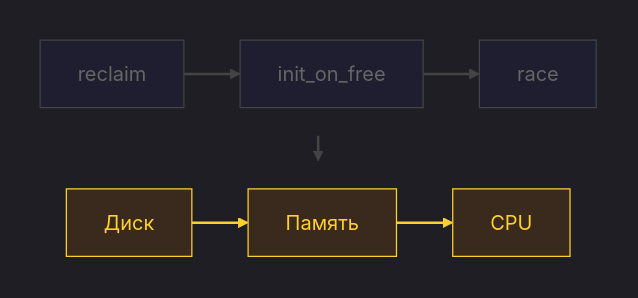
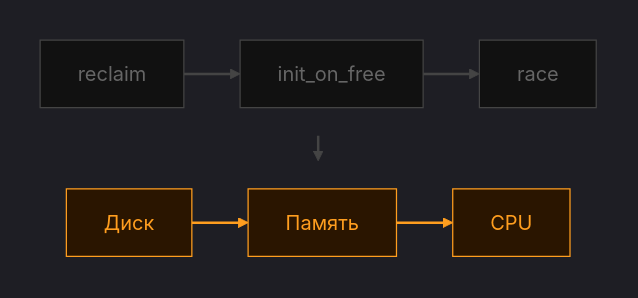
The diagram in docs/diagrams/mmap-1.mmd (polarnik/postgresql-system-issue-story), drawn with Mermaid before and after one commit. The commit also changed 39 other files, not shown here.

```diff
--- a/docs/diagrams/mmap-1.mmd
+++ b/docs/diagrams/mmap-1.mmd
@@ -1,28 +1,28 @@
-%%{init: {'theme': 'dark', 'themeVariables': { 'primaryColor': '#1a1a2e', 'primaryTextColor': '#eee', 'lineColor': '#FFD02F'}, 'flowchart': { 'nodeSpacing': 25, 'rankSpacing': 20 }}}%%
+%%{init: {'theme': 'dark', 'themeVariables': { 'primaryColor': '#000000', 'primaryTextColor': '#eee', 'lineColor': '#ff9e1f'}, 'flowchart': { 'nodeSpacing': 25, 'rankSpacing': 20 }}}%%
 
 flowchart TB
-    classDef done fill:#2a2a4e,stroke:#FFD02F,color:#eee
-    classDef active fill:#3a2a1e,stroke:#FFD02F,color:#FFD02F
-    classDef pending fill:#1e1e30,stroke:#444,color:#666
-    classDef error fill:#4e2a2a,stroke:#ff4444,color:#eee
+    classDef done fill:#1a1a1a,stroke:#ff9e1f,color:#eee
+    classDef active fill:#2a1500,stroke:#ff9e1f,color:#ff9e1f
+    classDef pending fill:#111111,stroke:#444,color:#666
+    classDef error fill:#3a1010,stroke:#ff4444,color:#eee
 
     subgraph S1 [" "]
         direction LR
         D["Диск"]:::active --> M["Память"]:::active --> CPU["CPU"]:::active
     end
 
     subgraph S2 [" "]
         direction LR
         R["reclaim"]:::pending --> I["init_on_free"]:::pending --> BUG["race"]:::pending
     end
 
     S2 --> M
 
-    linkStyle 0 stroke:#FFD02F,stroke-width:2px
-    linkStyle 1 stroke:#FFD02F,stroke-width:2px
+    linkStyle 0 stroke:#ff9e1f,stroke-width:2px
+    linkStyle 1 stroke:#ff9e1f,stroke-width:2px
     linkStyle 2 stroke:#444,stroke-width:2px
     linkStyle 3 stroke:#444,stroke-width:2px
     linkStyle 4 stroke:#444,stroke-width:2px
 
     style S1 fill:transparent,stroke:transparent
     style S2 fill:transparent,stroke:transparent
```
